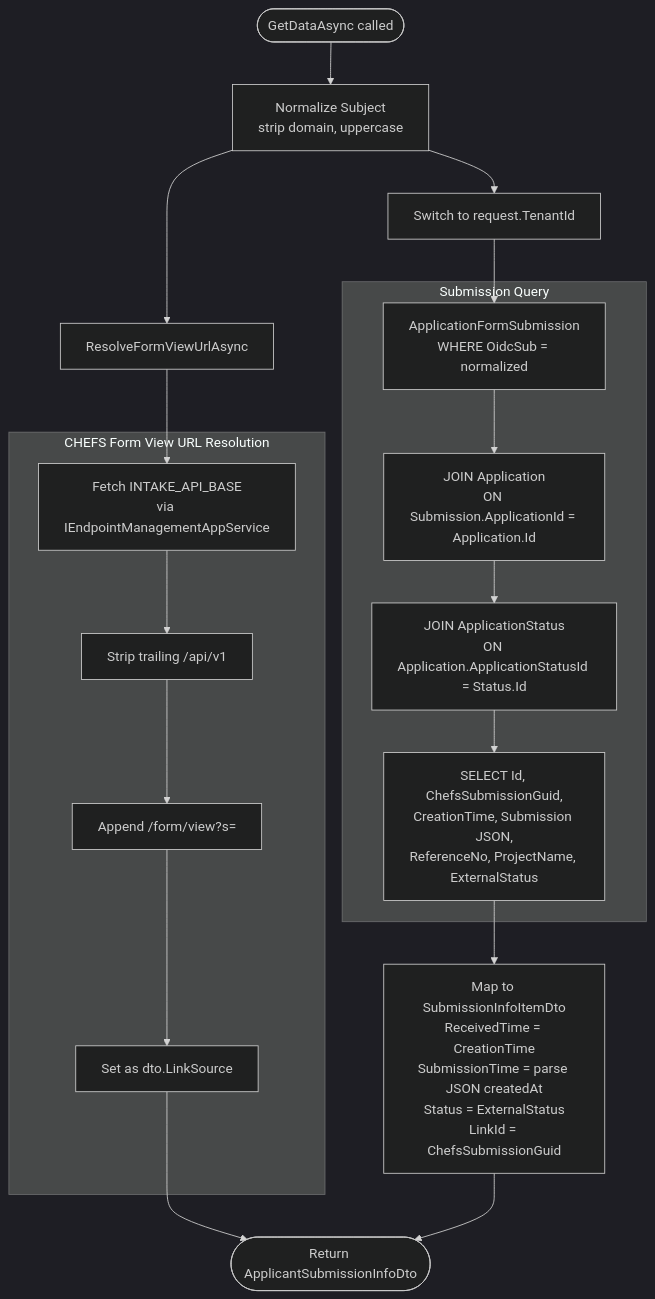
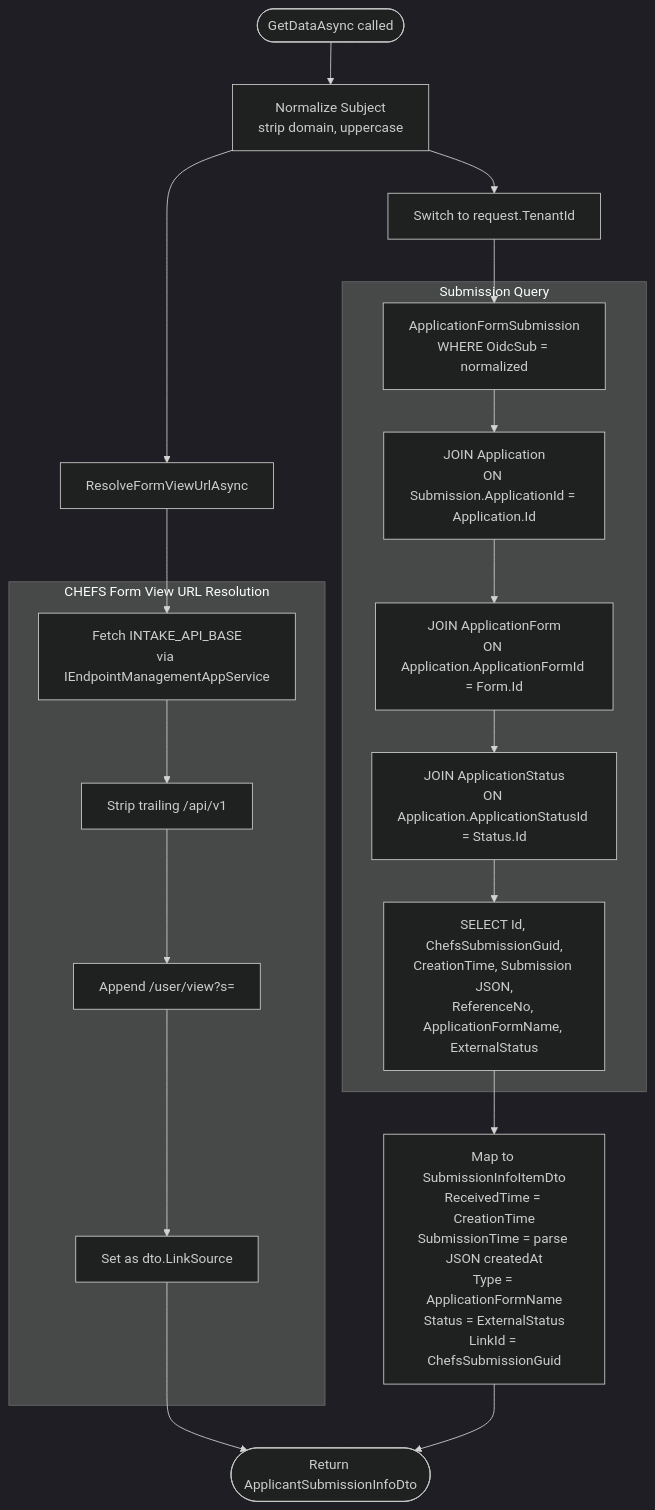
One commit to bcgov/Unity changed the fifth of 8 diagrams in documentation/applicant-portal/applicant-profile-data-providers.md. Above: the diagram before and after it, drawn with Mermaid (dark theme). The commit also changed other lines of this file and 4 other files, not shown here.

````diff
--- a/documentation/applicant-portal/applicant-profile-data-providers.md
+++ b/documentation/applicant-portal/applicant-profile-data-providers.md
@@ -290,34 +292,35 @@
 ```mermaid
 flowchart TD
     Start([GetDataAsync called])
     Norm["Normalize Subject<br/>strip domain, uppercase"]
 
     Start --> Norm
     Norm --> ResolveUrl["ResolveFormViewUrlAsync"]
     Norm --> Tenant["Switch to request.TenantId"]
 
     subgraph URLResolution["CHEFS Form View URL Resolution"]
         U1["Fetch INTAKE_API_BASE<br/>via IEndpointManagementAppService"]
         U2["Strip trailing /api/v1"]
-        U3["Append /form/view?s="]
+        U3["Append /user/view?s="]
         U4["Set as dto.LinkSource"]
         U1 --> U2 --> U3 --> U4
     end
 
     ResolveUrl --> U1
 
     subgraph Query["Submission Query"]
         Q1["ApplicationFormSubmission<br/>WHERE OidcSub = normalized"]
         Q2["JOIN Application<br/>ON Submission.ApplicationId = Application.Id"]
+        Q2b["JOIN ApplicationForm<br/>ON Application.ApplicationFormId = Form.Id"]
         Q3["JOIN ApplicationStatus<br/>ON Application.ApplicationStatusId = Status.Id"]
-        Q4["SELECT Id, ChefsSubmissionGuid,<br/>CreationTime, Submission JSON,<br/>ReferenceNo, ProjectName, ExternalStatus"]
-        Q1 --> Q2 --> Q3 --> Q4
+        Q4["SELECT Id, ChefsSubmissionGuid,<br/>CreationTime, Submission JSON,<br/>ReferenceNo, ApplicationFormName, ExternalStatus"]
+        Q1 --> Q2 --> Q2b --> Q3 --> Q4
     end
 
     Tenant --> Q1
 
-    Q4 --> MapItems["Map to SubmissionInfoItemDto<br/>ReceivedTime = CreationTime<br/>SubmissionTime = parse JSON createdAt<br/>Status = ExternalStatus<br/>LinkId = ChefsSubmissionGuid"]
+    Q4 --> MapItems["Map to SubmissionInfoItemDto<br/>ReceivedTime = CreationTime<br/>SubmissionTime = parse JSON createdAt<br/>Type = ApplicationFormName<br/>Status = ExternalStatus<br/>LinkId = ChefsSubmissionGuid"]
 
     U4 --> Result
     MapItems --> Result([Return ApplicantSubmissionInfoDto])
 ```
````
